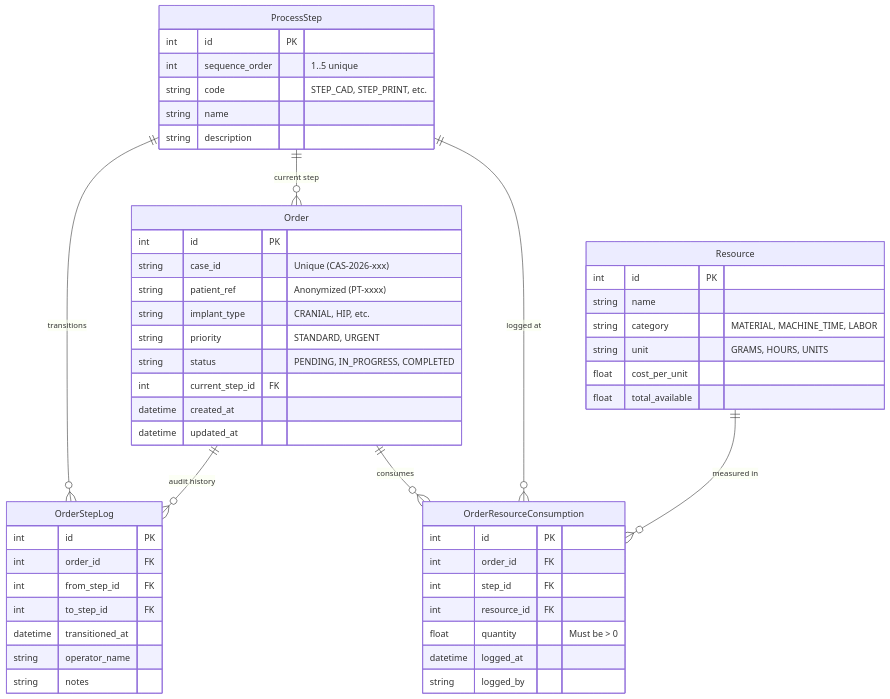
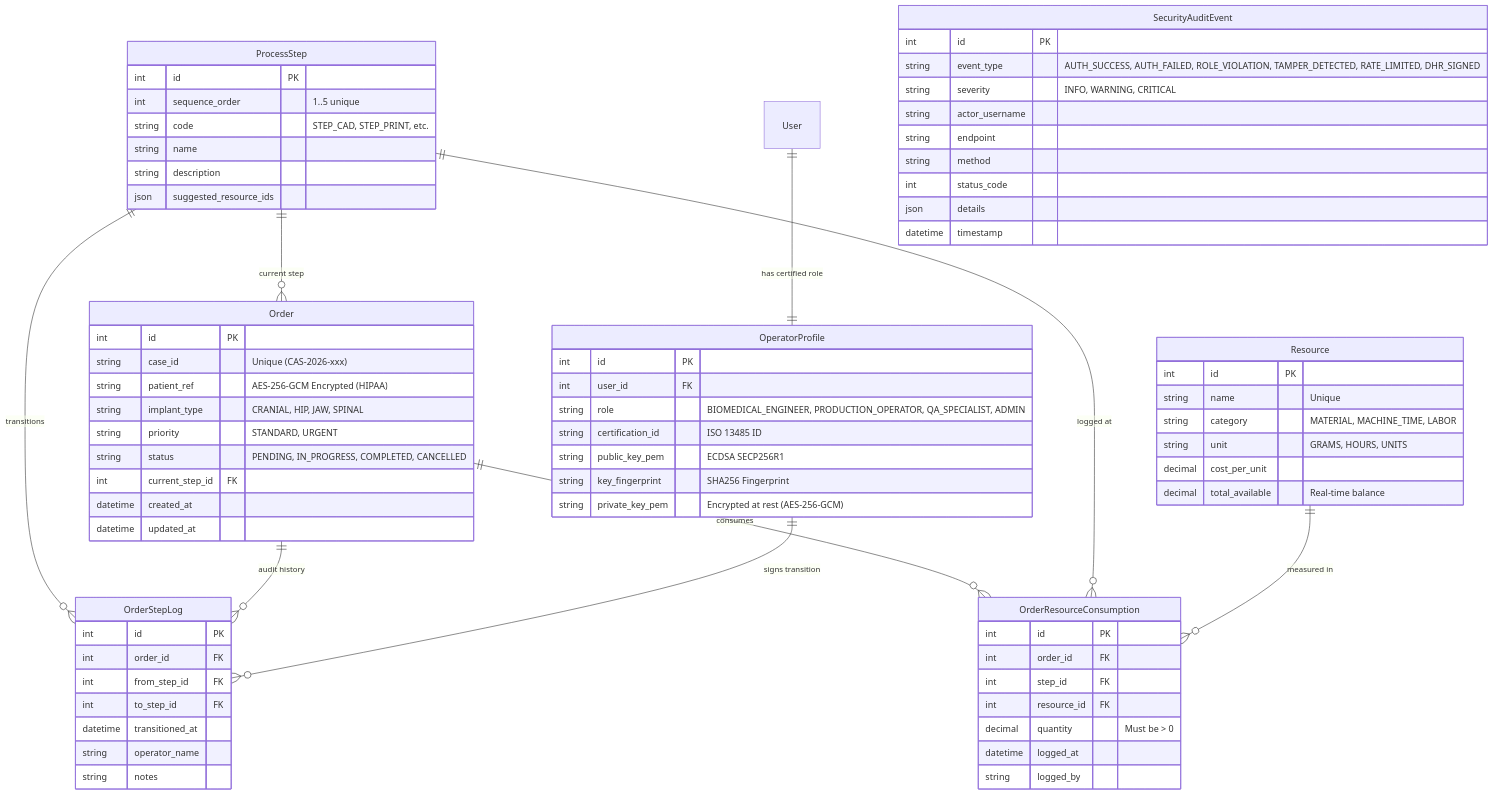
Before and after one commit to Khant20Lin06/meticuly-metitrack: the second of 2 diagrams in docs/ARCHITECTURE.md, drawn with Mermaid. The commit also changed other lines of this file and 2 other files, not shown here.

Commit message:
docs: align ARCHITECTURE, DECISIONS, and SPEC perfectly with actual implementation

````diff
--- a/docs/ARCHITECTURE.md
+++ b/docs/ARCHITECTURE.md
@@ -53,6 +71,8 @@
     Order ||--o{ OrderResourceConsumption : "consumes"
     ProcessStep ||--o{ OrderResourceConsumption : "logged at"
     Resource ||--o{ OrderResourceConsumption : "measured in"
+    User ||--|| OperatorProfile : "has certified role"
+    OperatorProfile ||--o{ OrderStepLog : "signs transition"
 
     ProcessStep {
         int id PK
@@ -60,15 +80,16 @@
         string code "STEP_CAD, STEP_PRINT, etc."
         string name
         string description
+        json suggested_resource_ids
     }
 
     Order {
         int id PK
         string case_id "Unique (CAS-2026-xxx)"
-        string patient_ref "Anonymized (PT-xxxx)"
-        string implant_type "CRANIAL, HIP, etc."
+        string patient_ref "AES-256-GCM Encrypted (HIPAA)"
+        string implant_type "CRANIAL, HIP, JAW, SPINAL"
         string priority "STANDARD, URGENT"
-        string status "PENDING, IN_PROGRESS, COMPLETED"
+        string status "PENDING, IN_PROGRESS, COMPLETED, CANCELLED"
         int current_step_id FK
         datetime created_at
         datetime updated_at
@@ -76,11 +97,11 @@
 
     Resource {
         int id PK
-        string name
+        string name "Unique"
         string category "MATERIAL, MACHINE_TIME, LABOR"
         string unit "GRAMS, HOURS, UNITS"
-        float cost_per_unit
-        float total_available
+        decimal cost_per_unit
+        decimal total_available "Real-time balance"
     }
 
     OrderResourceConsumption {
@@ -88,7 +109,7 @@
         int order_id FK
         int step_id FK
         int resource_id FK
-        float quantity "Must be > 0"
+        decimal quantity "Must be > 0"
         datetime logged_at
         string logged_by
     }
@@ -102,4 +123,26 @@
         string operator_name
         string notes
     }
+
+    OperatorProfile {
+        int id PK
+        int user_id FK
+        string role "BIOMEDICAL_ENGINEER, PRODUCTION_OPERATOR, QA_SPECIALIST, ADMIN"
+        string certification_id "ISO 13485 ID"
+        string public_key_pem "ECDSA SECP256R1"
+        string key_fingerprint "SHA256 Fingerprint"
+        string private_key_pem "Encrypted at rest (AES-256-GCM)"
+    }
+
+    SecurityAuditEvent {
+        int id PK
+        string event_type "AUTH_SUCCESS, AUTH_FAILED, ROLE_VIOLATION, TAMPER_DETECTED, RATE_LIMITED, DHR_SIGNED"
+        string severity "INFO, WARNING, CRITICAL"
+        string actor_username
+        string endpoint
+        string method
+        int status_code
+        json details
+        datetime timestamp
+    }
 ```
````
